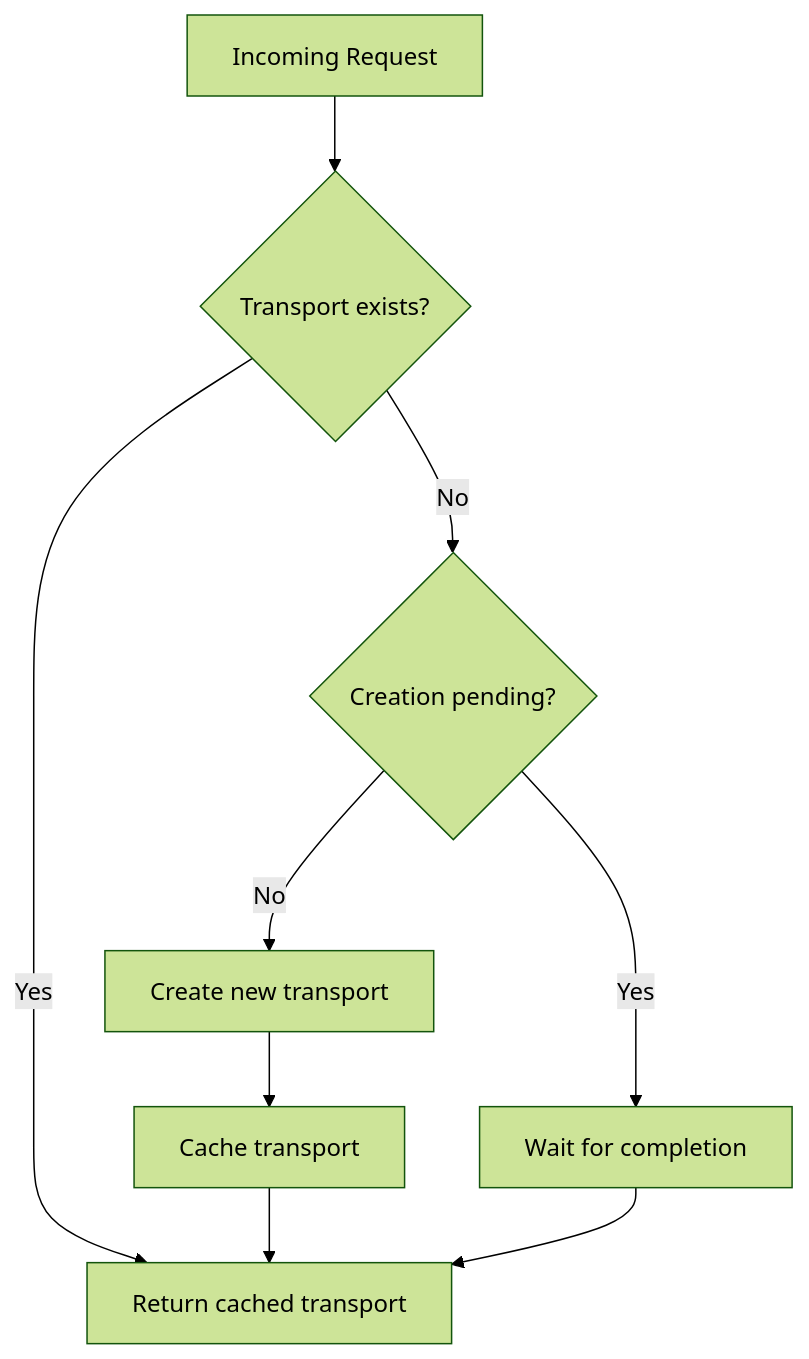
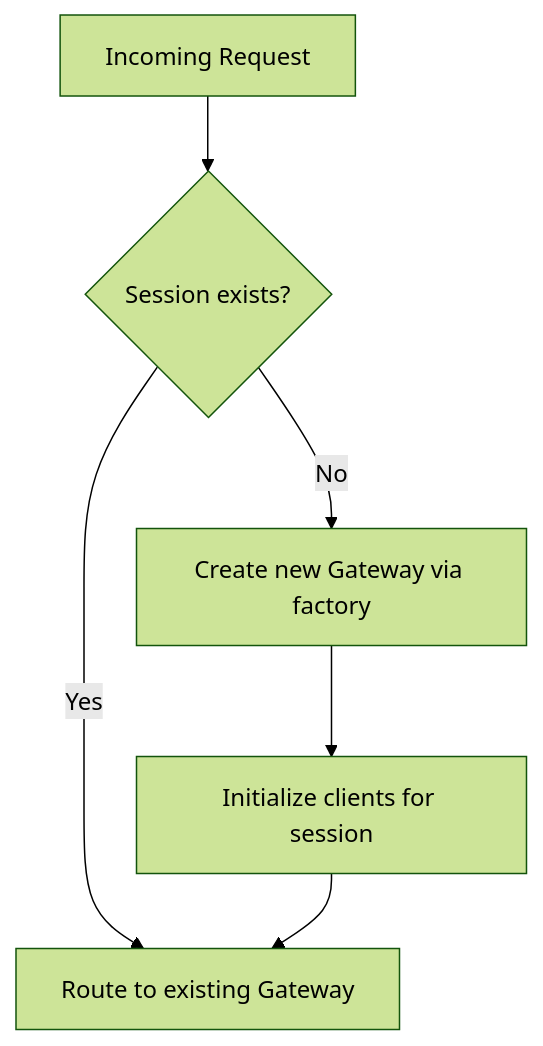
The fifth of 7 diagrams in docs/design/session-management.md (karashiiro/my-cool-proxy), drawn with Mermaid (forest theme) before and after one commit. The commit also changed other lines of this file and 3 other files, not shown here.

````diff
--- a/docs/design/session-management.md
+++ b/docs/design/session-management.md
@@ -169,11 +159,8 @@
 ```mermaid
 flowchart TB
-    Request["Incoming Request"] --> Check{"Transport exists?"}
-    Check -->|Yes| Return["Return cached transport"]
-    Check -->|No| Pending{"Creation pending?"}
-    Pending -->|Yes| Wait["Wait for completion"]
-    Pending -->|No| Create["Create new transport"]
-    Create --> Cache["Cache transport"]
-    Cache --> Return
-    Wait --> Return
+    Request["Incoming Request"] --> Check{"Session exists?"}
+    Check -->|Yes| Route["Route to existing Gateway"]
+    Check -->|No| Create["Create new Gateway via factory"]
+    Create --> Init["Initialize clients for session"]
+    Init --> Route
 ```
````
